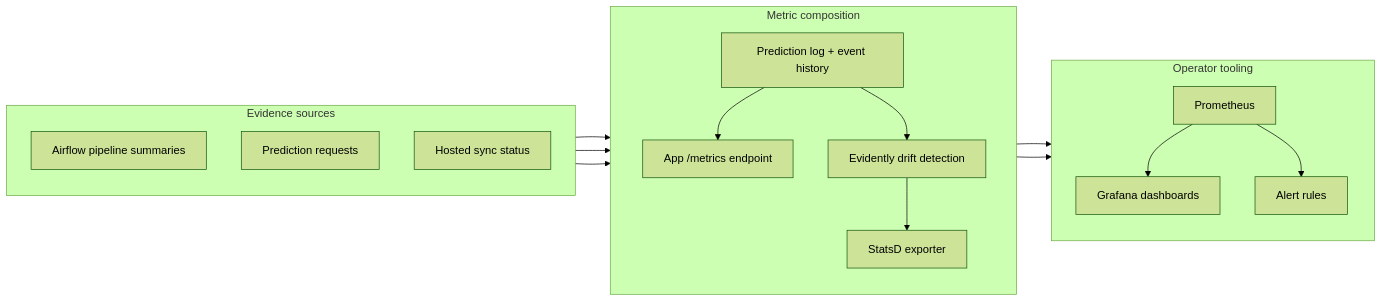
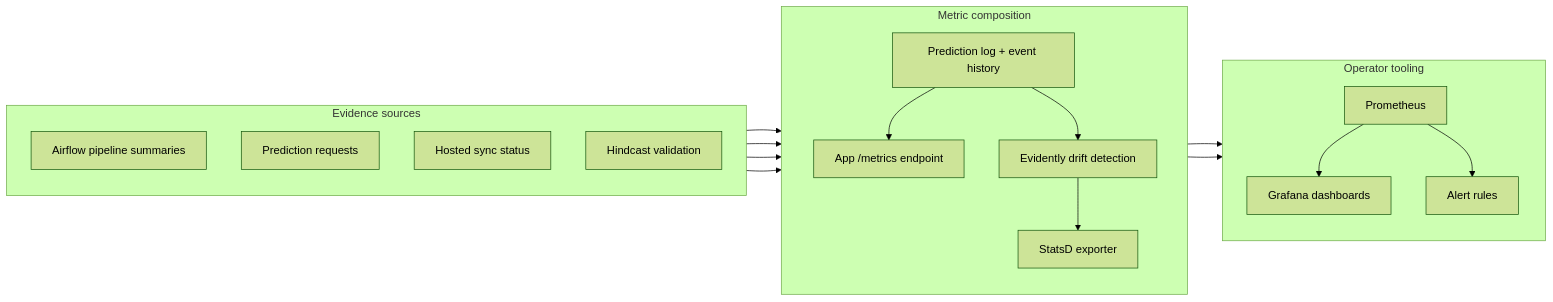
One commit to javihslu/foehncast changed the first of 2 diagrams in docs/site/system/monitoring.md. Above: the diagram before and after it, drawn with Mermaid (forest theme). The commit also changed other lines of this file and 5 other files, not shown here.

```diff
--- a/docs/site/system/monitoring.md
+++ b/docs/site/system/monitoring.md
@@ -15,35 +15,37 @@
 <div class="mermaid">
 flowchart LR
     subgraph Sources ["Evidence sources"]
         direction TB
         AIR["Airflow pipeline summaries"]
         PRED["Prediction requests"]
         SYNC["Hosted sync status"]
+        HIND["Hindcast validation"]
     end
 
     subgraph Processing ["Metric composition"]
         direction TB
         APP["App /metrics endpoint"]
         LOG["Prediction log + event history"]
         DRIFT["Evidently drift detection"]
         STATSD["StatsD exporter"]
     end
 
     subgraph Operator ["Operator tooling"]
         direction TB
         PROM["Prometheus"]
         GRAFANA["Grafana dashboards"]
         ALERT["Alert rules"]
     end
 
     AIR --> APP
     PRED --> LOG
     SYNC --> APP
+    HIND --> APP
     LOG --> APP
     LOG --> DRIFT
     DRIFT --> STATSD
     APP --> PROM
     STATSD --> PROM
     PROM --> GRAFANA
     PROM --> ALERT
 </div>
```
